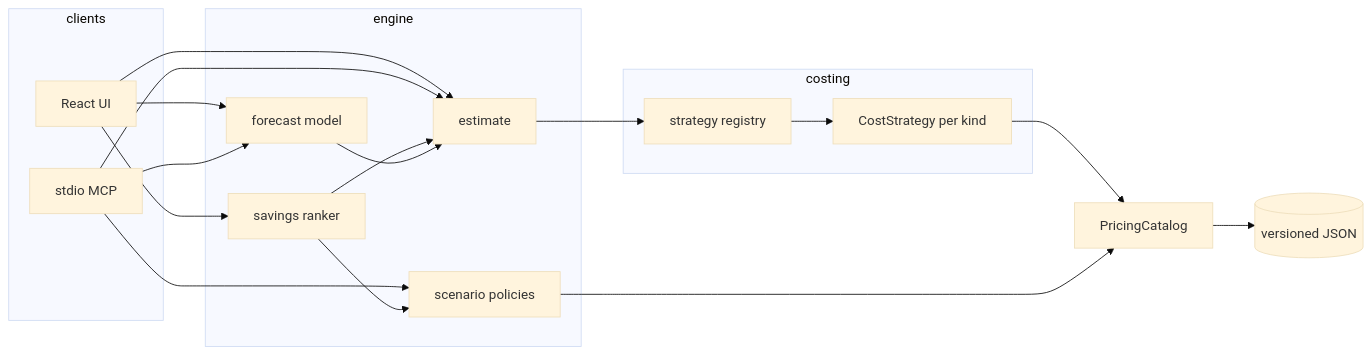
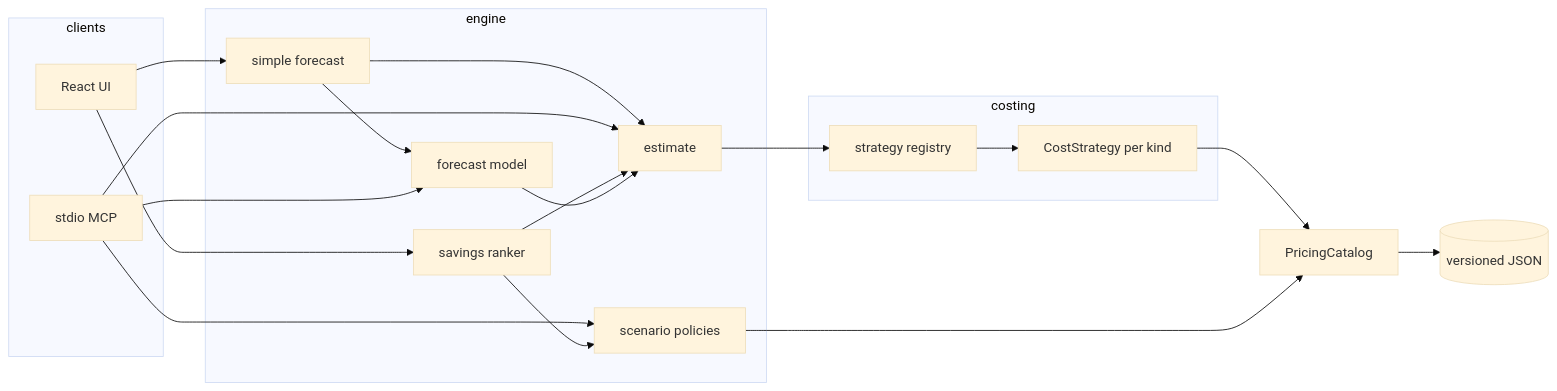
One commit to santoshshinde2012/Catalogfore changed the diagram in docs/ARCHITECTURE.md. Above: the diagram before and after it, drawn with Mermaid (base theme). The commit also changed other lines of this file and 56 other files, not shown here.

````diff
--- a/docs/ARCHITECTURE.md
+++ b/docs/ARCHITECTURE.md
@@ -5,34 +5,36 @@
 ```mermaid
 flowchart LR
   subgraph clients
     Web[React UI]
     MCP[stdio MCP]
   end
   subgraph engine
+    Simple[simple forecast]
     Estimate[estimate]
     Forecast[forecast model]
     Policies[scenario policies]
     Recs[savings ranker]
   end
   subgraph costing
     Registry[strategy registry]
     Strategies[CostStrategy per kind]
   end
   Catalog[PricingCatalog]
   JSON[(versioned JSON)]
 
-  Web --> Estimate
-  Web --> Forecast
+  Web --> Simple
   Web --> Recs
+  Simple --> Estimate
+  Simple --> Forecast
   MCP --> Estimate
   MCP --> Forecast
   MCP --> Policies
   Estimate --> Registry
   Registry --> Strategies
   Strategies --> Catalog
   Policies --> Catalog
   Recs --> Policies
   Recs --> Estimate
   Forecast --> Estimate
   Catalog --> JSON
 ```
````
